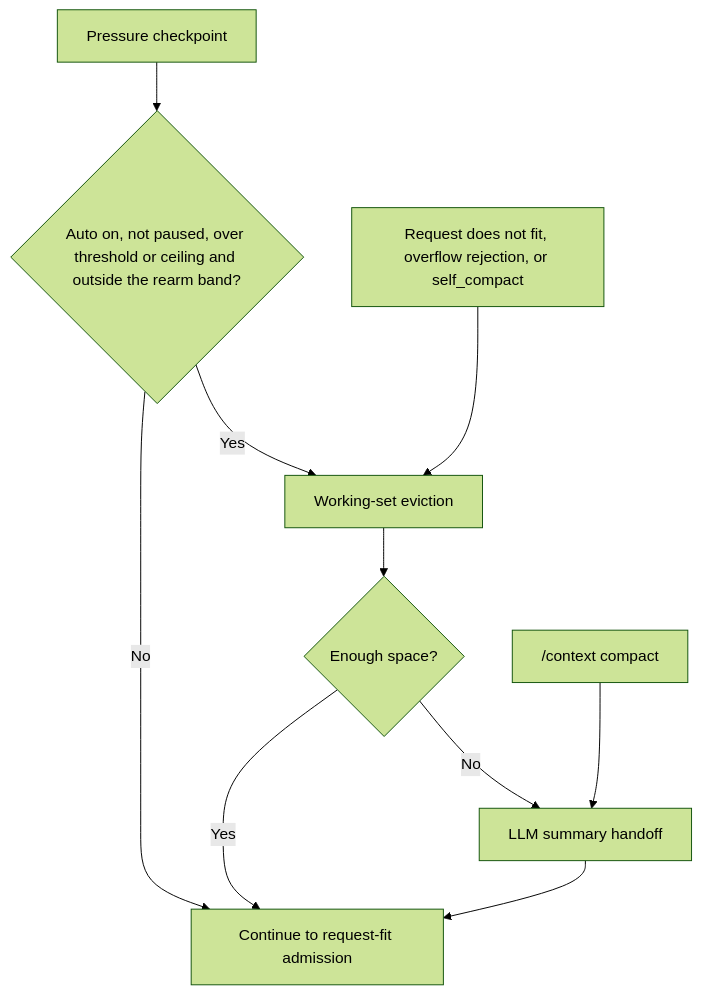
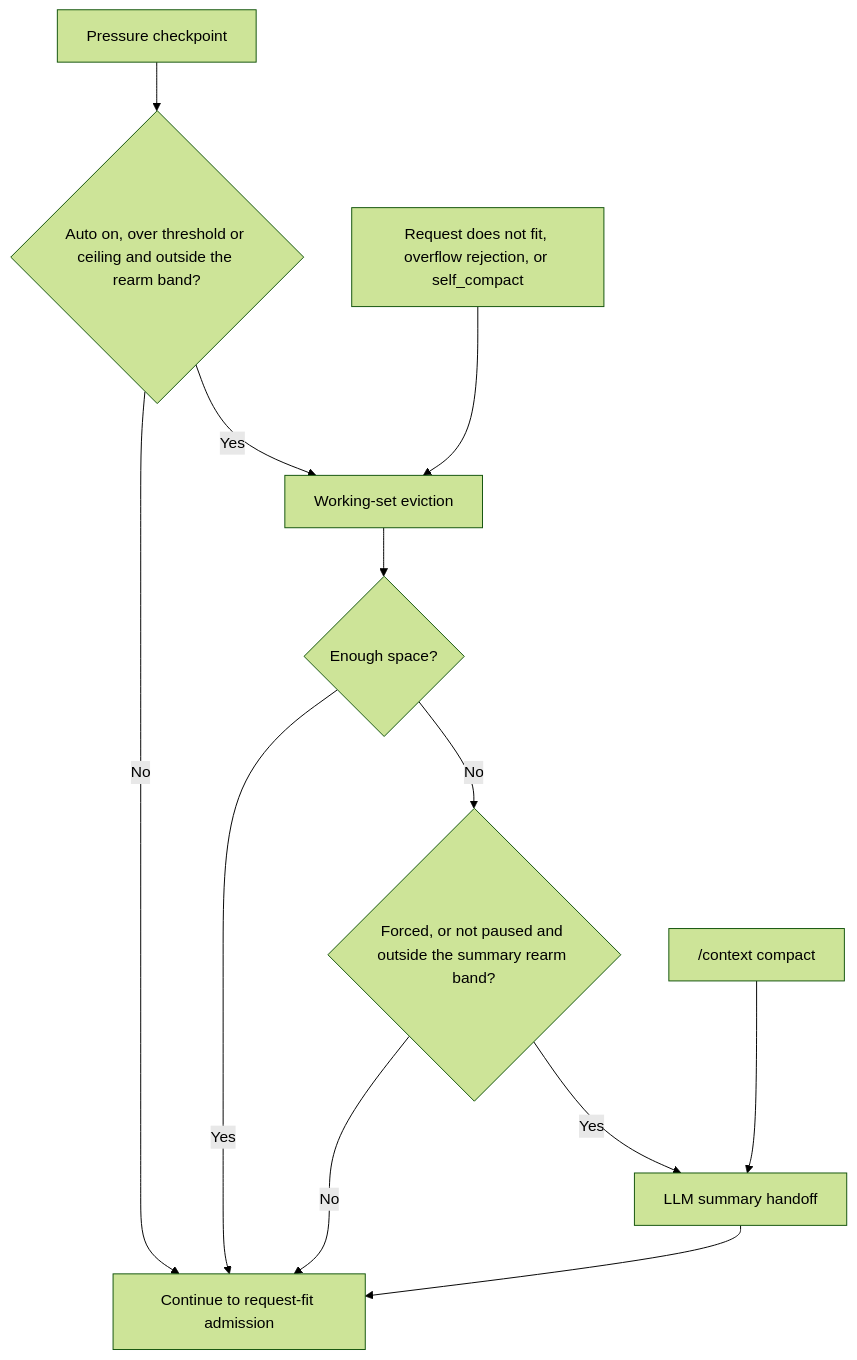
The diagram in docs/architecture/context-engine.md (iowarp/clio-coder), drawn with Mermaid (forest theme) before and after one commit. The commit also changed other lines of this file and 8 other files, not shown here.

````diff
--- a/docs/architecture/context-engine.md
+++ b/docs/architecture/context-engine.md
@@ -102,12 +102,14 @@
 ```mermaid
 flowchart TD
-    A["Pressure checkpoint"] --> B{"Auto on, not paused, over threshold or ceiling and outside the rearm band?"}
+    A["Pressure checkpoint"] --> B{"Auto on, over threshold or ceiling and outside the rearm band?"}
     B -- No --> C["Continue to request-fit admission"]
     B -- Yes --> D["Working-set eviction"]
     X["Request does not fit, overflow rejection, or self_compact"] --> D
     D --> E{"Enough space?"}
     E -- Yes --> C
-    E -- No --> F["LLM summary handoff"]
+    E -- No --> P{"Forced, or not paused and outside the summary rearm band?"}
+    P -- No --> C
+    P -- Yes --> F["LLM summary handoff"]
     M["/context compact"] --> F
     F --> C
 ```
````
